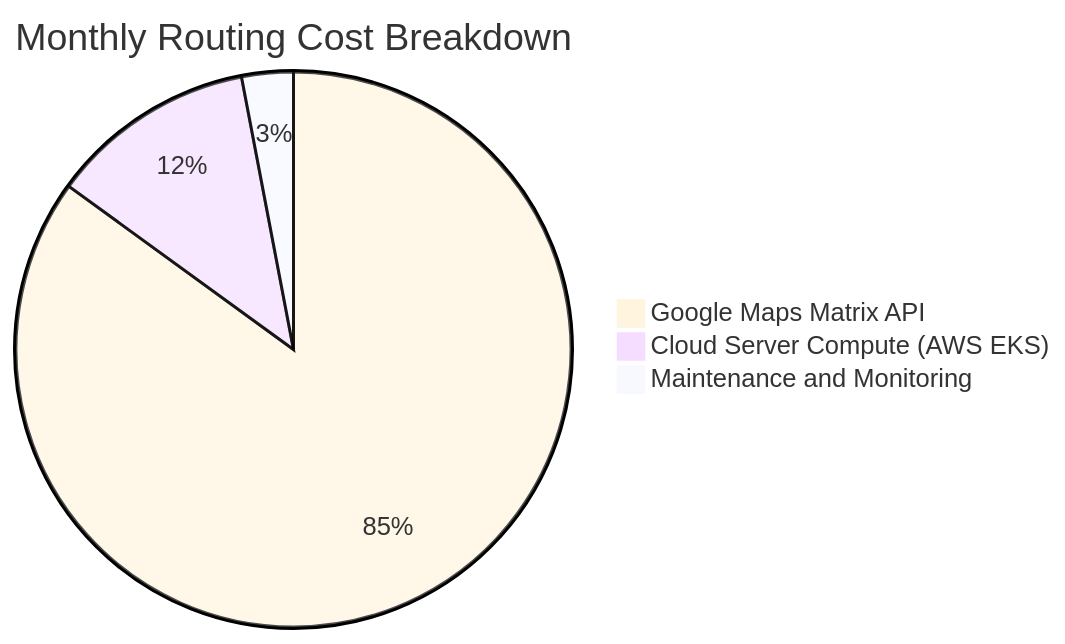
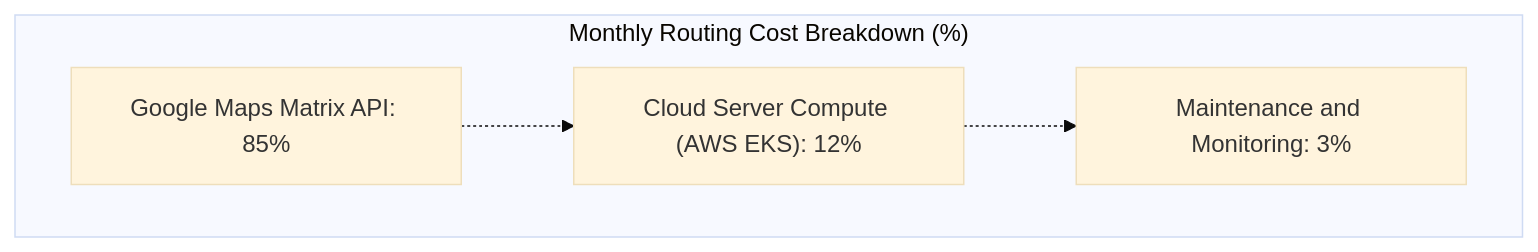
One commit to vesviet/vesviet changed the sixth of 6 diagrams in content/posts/cvrp-vrptw-alns-fleet-optimization-golang-architecture.md. Above: the diagram before and after it, drawn with Mermaid (base theme). The commit also changed other lines of this file and 23 other files, not shown here.

````diff
--- a/content/posts/cvrp-vrptw-alns-fleet-optimization-golang-architecture.md
+++ b/content/posts/cvrp-vrptw-alns-fleet-optimization-golang-architecture.md
@@ -513,6 +515,10 @@
 ```mermaid
-pie title Monthly Routing Cost Breakdown
-    "Google Maps Matrix API" : 85
-    "Cloud Server Compute (AWS EKS)" : 12
-    "Maintenance and Monitoring" : 3
+flowchart LR
+    subgraph CostBreakdown["Monthly Routing Cost Breakdown (%)"]
+        direction LR
+        G["Google Maps Matrix API: 85%"]
+        C["Cloud Server Compute (AWS EKS): 12%"]
+        M["Maintenance and Monitoring: 3%"]
+    end
+    G -.-> C -.-> M
 ```
````
